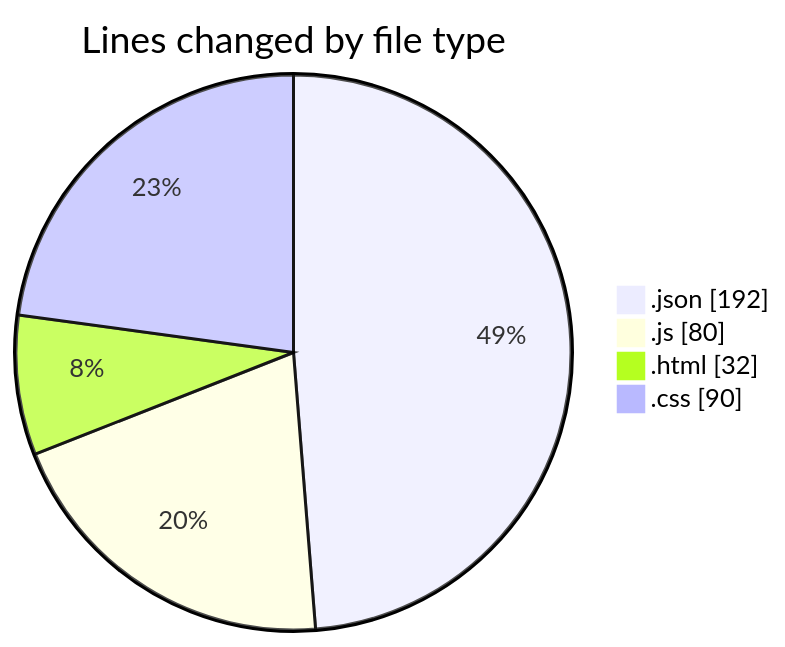
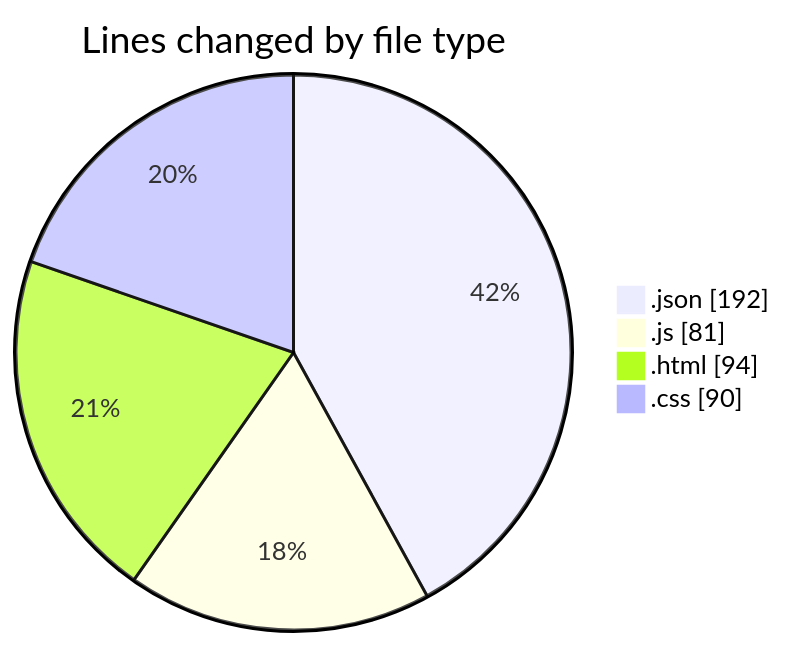
Before and after one commit to Ritupan-Deka/code-tracking: the first of 2 diagrams in 2025-07-05/hidden_search_widget/README.md, drawn with Mermaid. The commit also changed other lines of this file and 1 other file, not shown here.

````diff
--- a/2025-07-05/hidden_search_widget/README.md
+++ b/2025-07-05/hidden_search_widget/README.md
@@ -23,8 +23,8 @@
 ```mermaid
 pie showData
 title Lines changed by file type
 ".json" : 192
-".js" : 80
-".html" : 32
+".js" : 81
+".html" : 94
 ".css" : 90
 ```
````
